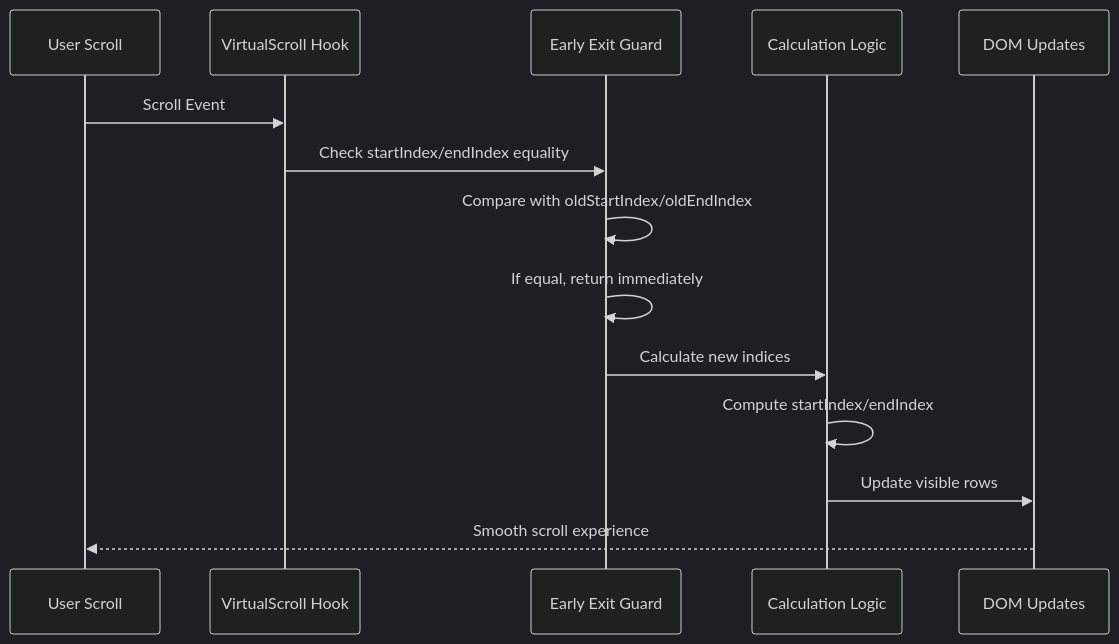
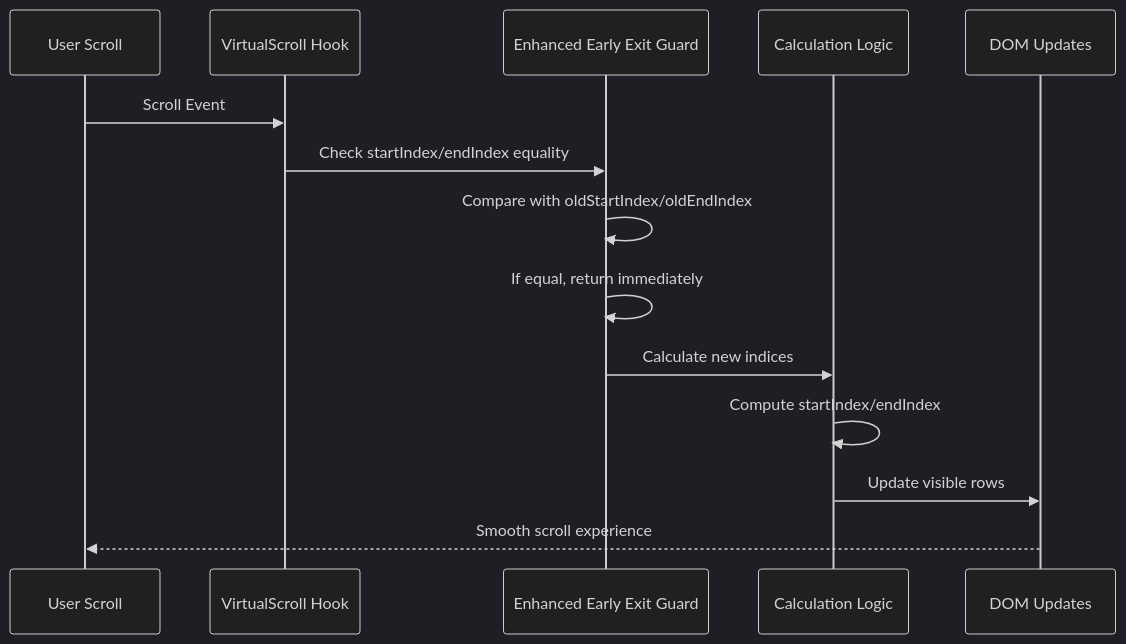
Before and after one commit to ja-plus/stk-table-vue: the fourth of 9 diagrams in .qoder/repowiki/en/content/Performance Optimization/Virtual Scrolling Performance Optimization.md, drawn with Mermaid (dark theme). The commit also changed other lines of this file and 6 other files, not shown here.

````diff
--- a/.qoder/repowiki/en/content/Performance Optimization/Virtual Scrolling Performance Optimization.md
+++ b/.qoder/repowiki/en/content/Performance Optimization/Virtual Scrolling Performance Optimization.md
@@ -198,16 +214,16 @@
 ```mermaid
 sequenceDiagram
 participant User as User Scroll
 participant Hook as VirtualScroll Hook
-participant Guard as Early Exit Guard
+participant Guard as Enhanced Early Exit Guard
 participant Calc as Calculation Logic
 participant DOM as DOM Updates
 User->>Hook : Scroll Event
 Hook->>Guard : Check startIndex/endIndex equality
 Guard->>Guard : Compare with oldStartIndex/oldEndIndex
 Guard->>Guard : If equal, return immediately
 Guard->>Calc : Calculate new indices
 Calc->>Calc : Compute startIndex/endIndex
 Calc->>DOM : Update visible rows
 DOM-->>User : Smooth scroll experience
 ```
````
